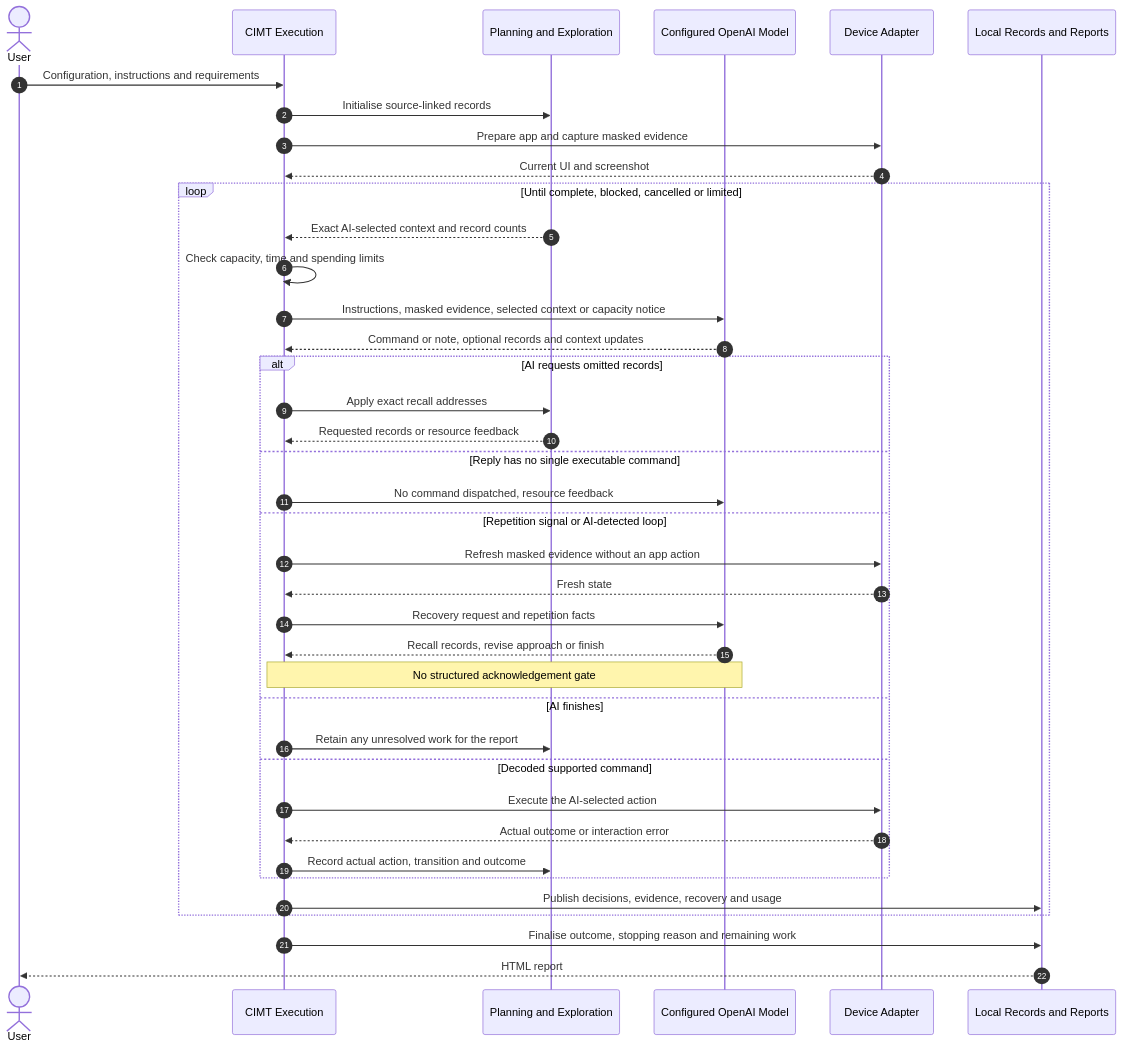
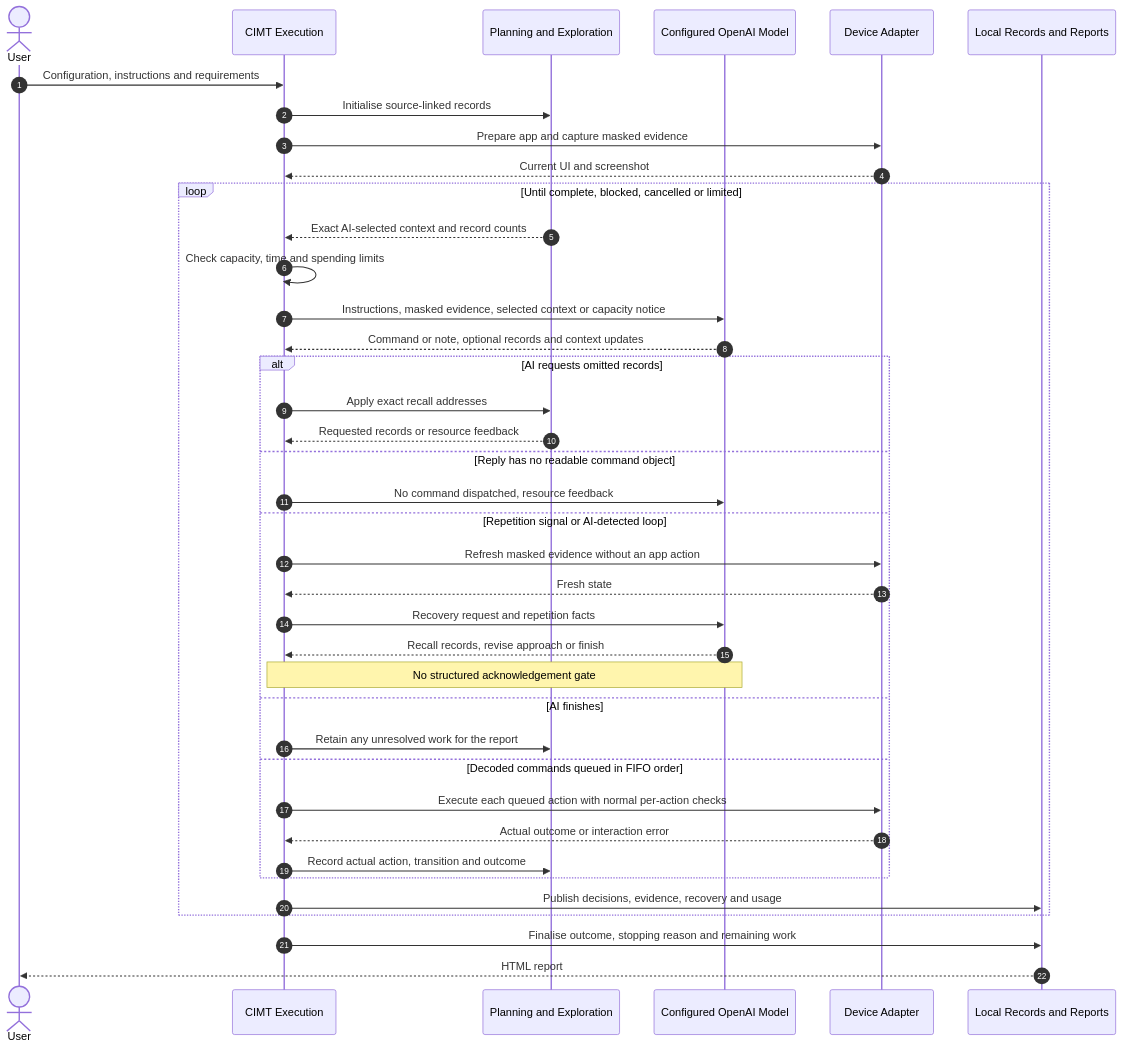
One commit to Richard032/CIMT changed the diagram in docs/ai-context-and-recovery.md. Above: the diagram before and after it, drawn with Mermaid. The commit also changed other lines of this file and 25 other files, not shown here.

Commit message:
Queue AI command objects and execute them in received order

````diff
--- a/docs/ai-context-and-recovery.md
+++ b/docs/ai-context-and-recovery.md
@@ -80,43 +80,43 @@
 ```mermaid
 sequenceDiagram
     autonumber
     actor User
     participant Run as CIMT Execution
     participant Memory as Planning and Exploration
     participant AI as Configured OpenAI Model
     participant Device as Device Adapter
     participant Report as Local Records and Reports
 
     User->>Run: Configuration, instructions and requirements
     Run->>Memory: Initialise source-linked records
     Run->>Device: Prepare app and capture masked evidence
     Device-->>Run: Current UI and screenshot
 
     loop Until complete, blocked, cancelled or limited
         Memory-->>Run: Exact AI-selected context and record counts
         Run->>Run: Check capacity, time and spending limits
         Run->>AI: Instructions, masked evidence, selected context or capacity notice
         AI-->>Run: Command or note, optional records and context updates
         alt AI requests omitted records
             Run->>Memory: Apply exact recall addresses
             Memory-->>Run: Requested records or resource feedback
-        else Reply has no single executable command
+        else Reply has no readable command object
             Run->>AI: No command dispatched, resource feedback
         else Repetition signal or AI-detected loop
             Run->>Device: Refresh masked evidence without an app action
             Device-->>Run: Fresh state
             Run->>AI: Recovery request and repetition facts
             AI-->>Run: Recall records, revise approach or finish
             Note over Run,AI: No structured acknowledgement gate
         else AI finishes
             Run->>Memory: Retain any unresolved work for the report
-        else Decoded supported command
-            Run->>Device: Execute the AI-selected action
+        else Decoded commands queued in FIFO order
+            Run->>Device: Execute each queued action with normal per-action checks
             Device-->>Run: Actual outcome or interaction error
             Run->>Memory: Record actual action, transition and outcome
         end
         Run->>Report: Publish decisions, evidence, recovery and usage
     end
     Run->>Report: Finalise outcome, stopping reason and remaining work
     Report-->>User: HTML report
 ```
````
